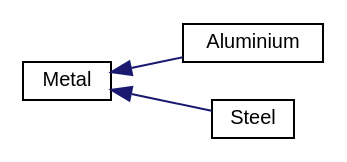
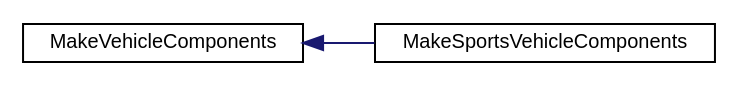
One commit to JamesBMiddleton/DesignPatterns changed the diagram in inherit_graph_3.dot. Above: the diagram before and after it, drawn with Graphviz. The commit also changed 46 other files, not shown here.

```diff
--- a/inherit_graph_3.dot
+++ b/inherit_graph_3.dot
@@ -1,12 +1,10 @@
 digraph "Graphical Class Hierarchy"
 {
  // LATEX_PDF_SIZE
   edge [fontname="Helvetica",fontsize="10",labelfontname="Helvetica",labelfontsize="10"];
   node [fontname="Helvetica",fontsize="10",shape=record];
   rankdir="LR";
-  Node0 [label="Metal",height=0.2,width=0.4,color="black", fillcolor="white", style="filled",URL="$structMetal.html",tooltip=" "];
+  Node0 [label="MakeVehicleComponents",height=0.2,width=0.4,color="black", fillcolor="white", style="filled",URL="$structMakeVehicleComponents.html",tooltip=" "];
   Node0 -> Node1 [dir="back",color="midnightblue",fontsize="10",style="solid",fontname="Helvetica"];
-  Node1 [label="Aluminium",height=0.2,width=0.4,color="black", fillcolor="white", style="filled",URL="$structAluminium.html",tooltip=" "];
-  Node0 -> Node2 [dir="back",color="midnightblue",fontsize="10",style="solid",fontname="Helvetica"];
-  Node2 [label="Steel",height=0.2,width=0.4,color="black", fillcolor="white", style="filled",URL="$structSteel.html",tooltip=" "];
+  Node1 [label="MakeSportsVehicleComponents",height=0.2,width=0.4,color="black", fillcolor="white", style="filled",URL="$structMakeSportsVehicleComponents.html",tooltip=" "];
 }
```
